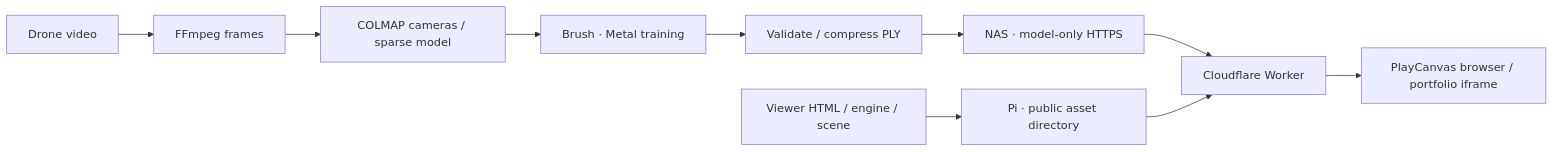
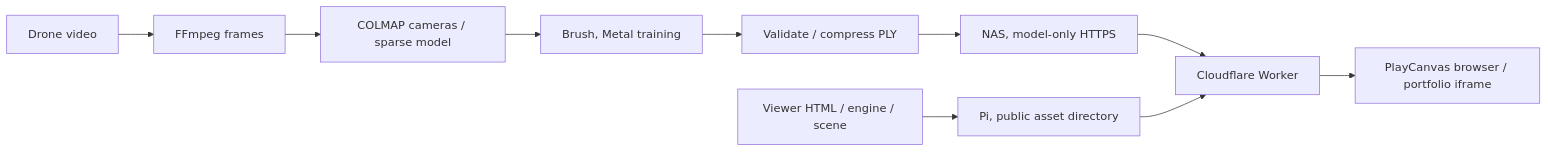
One commit to BlueStylo/drone-gaussian-pipeline changed the diagram in README.md. Above: the diagram before and after it, drawn with Mermaid. The commit also changed other lines of this file, not shown here.

````diff
--- a/README.md
+++ b/README.md
@@ -26,12 +26,12 @@
 ```mermaid
 flowchart LR
     A[Drone video] --> B[FFmpeg frames]
     B --> C[COLMAP cameras / sparse model]
-    C --> D[Brush · Metal training]
+    C --> D[Brush, Metal training]
     D --> E[Validate / compress PLY]
-    E --> N[NAS · model-only HTTPS]
-    V[Viewer HTML / engine / scene] --> G[Pi · public asset directory]
+    E --> N[NAS, model-only HTTPS]
+    V[Viewer HTML / engine / scene] --> G[Pi, public asset directory]
     N --> H[Cloudflare Worker]
     G --> H
     H --> I[PlayCanvas browser / portfolio iframe]
 ```
````
